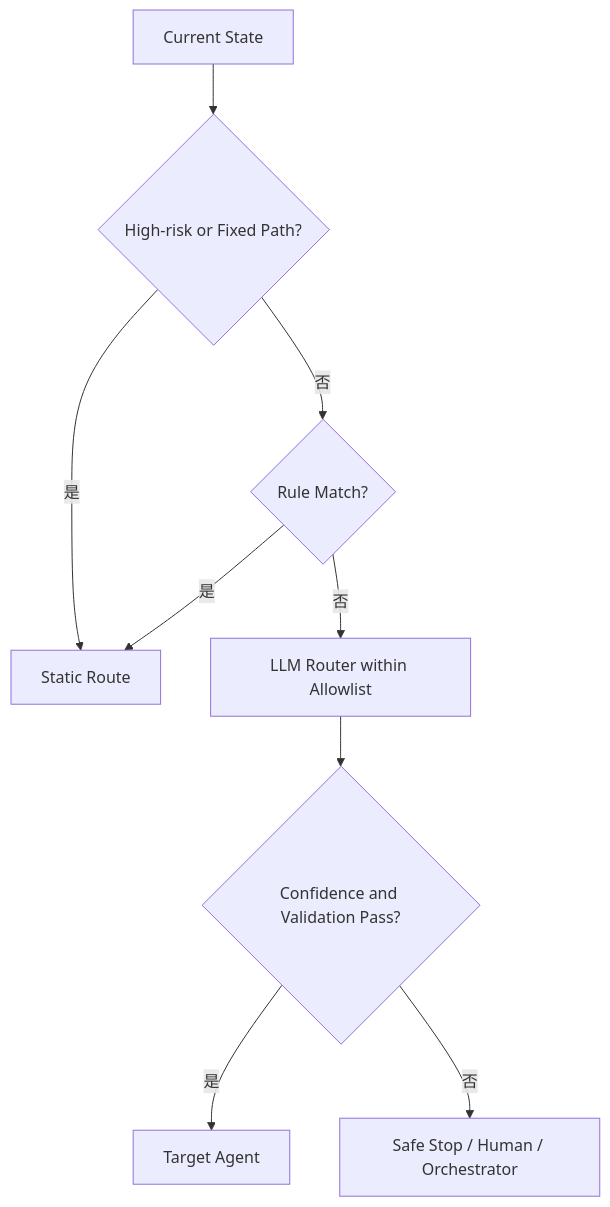
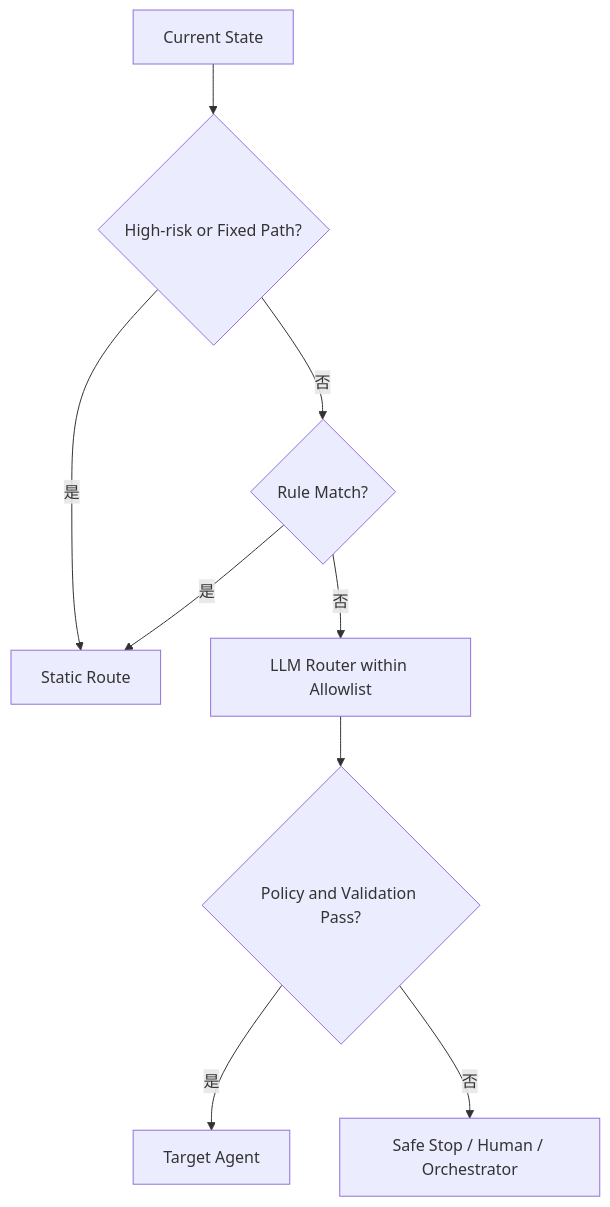
Before and after one commit to oneleaveknowsthefall/awesome-ai-roadmap: diagram 13 of 24 in docs/agent/04-multi-agent/13-multi-agent-coordination.md, drawn with Mermaid. The commit also changed other lines of this file and 50 other files, not shown here.

````diff
--- a/docs/agent/04-multi-agent/13-multi-agent-coordination.md
+++ b/docs/agent/04-multi-agent/13-multi-agent-coordination.md
@@ -716,11 +756,11 @@
 ```mermaid
 flowchart TB
     S[Current State] --> H{High-risk or Fixed Path?}
     H -->|是| STATIC[Static Route]
     H -->|否| RULE{Rule Match?}
     RULE -->|是| STATIC
     RULE -->|否| LLM[LLM Router within Allowlist]
-    LLM --> CONF{Confidence and Validation Pass?}
+    LLM --> CONF{Policy and Validation Pass?}
     CONF -->|是| TARGET[Target Agent]
     CONF -->|否| SAFE[Safe Stop / Human / Orchestrator]
 ```
````
